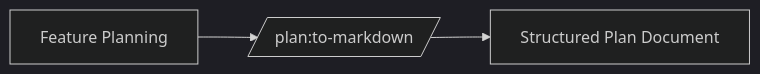
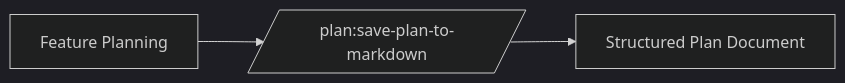
Diagram 23 of 31 in docs/developer-workflows.md (thomasholknielsen/claude-code-config), drawn with Mermaid (dark theme) before and after one commit. The commit also changed other lines of this file and 7 other files, not shown here.

````diff
--- a/docs/developer-workflows.md
+++ b/docs/developer-workflows.md
@@ -1086,5 +1083,5 @@
 ```mermaid
 graph LR
-    A[Feature Planning] --> B[/plan:to-markdown/]
+    A[Feature Planning] --> B[/plan:save-plan-to-markdown/]
     B --> C[Structured Plan Document]
 ```
````
